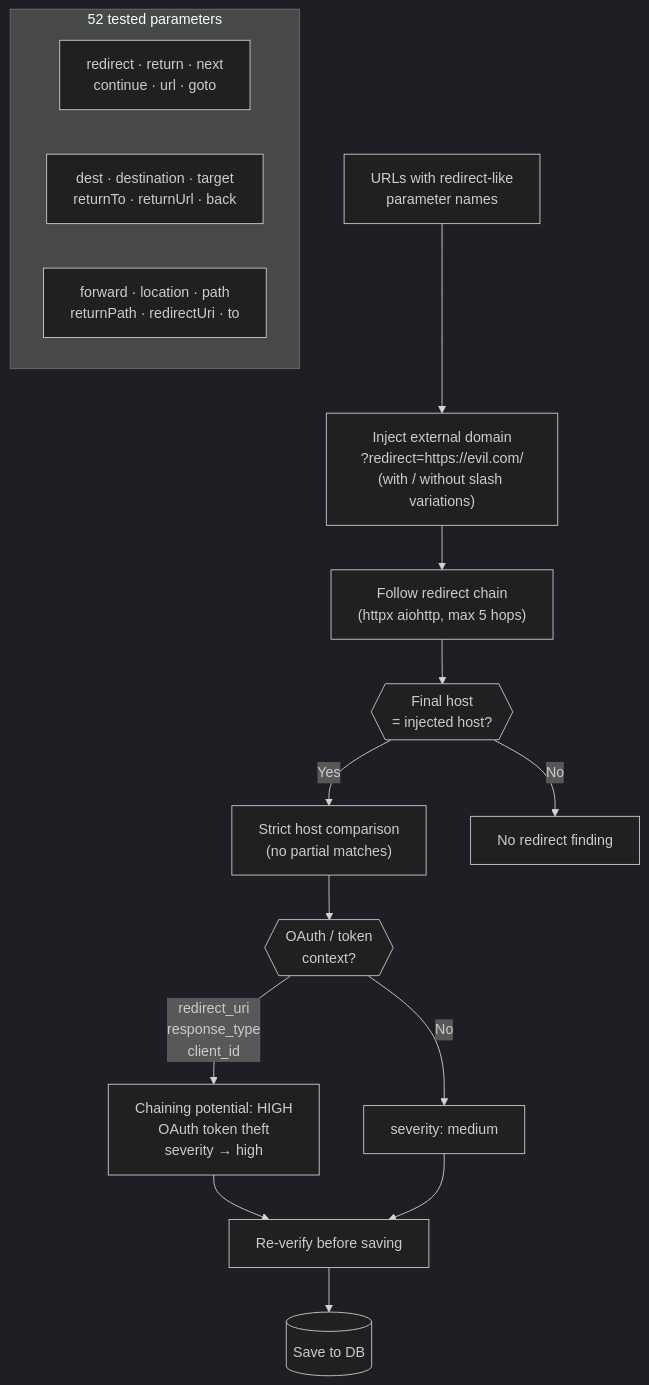
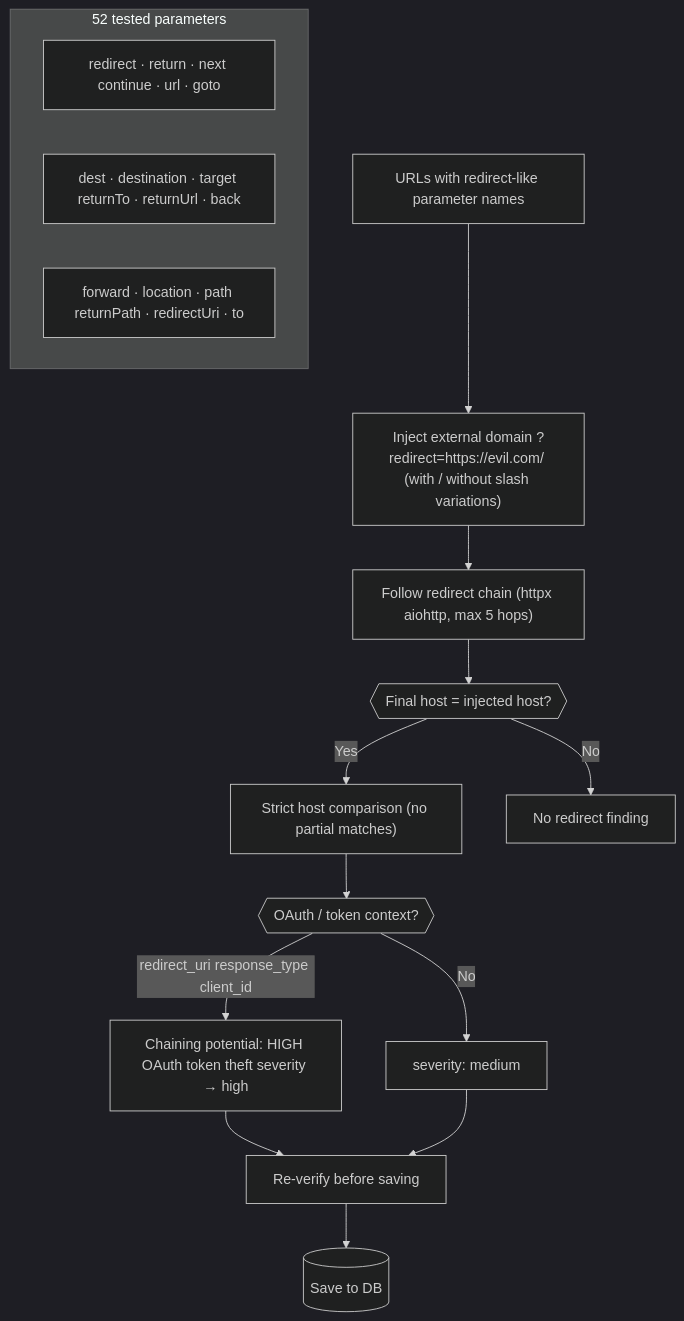
Before and after one commit to chegelawrence/liminal: the ninth of 12 diagrams in README.md, drawn with Mermaid (dark theme). The commit also changed other lines of this file, not shown here.

````diff
--- a/README.md
+++ b/README.md
@@ -581,25 +581,25 @@
 ```mermaid
 flowchart TD
-    URLS["URLs with redirect-like\nparameter names"] --> INJECT
+    URLS["URLs with redirect-like parameter names"] --> INJECT
 
     subgraph PARAMS["52 tested parameters"]
         direction LR
-        P1["redirect · return · next\ncontinue · url · goto"]
-        P2["dest · destination · target\nreturnTo · returnUrl · back"]
-        P3["forward · location · path\nreturnPath · redirectUri · to"]
+        P1["redirect · return · next continue · url · goto"]
+        P2["dest · destination · target returnTo · returnUrl · back"]
+        P3["forward · location · path returnPath · redirectUri · to"]
     end
 
-    INJECT["Inject external domain\n?redirect=https://evil.com/\n(with / without slash variations)"]
-    INJECT --> FOLLOW["Follow redirect chain\n(httpx aiohttp, max 5 hops)"]
-    FOLLOW --> LAND{{"Final host\n= injected host?"}}
+    INJECT["Inject external domain ?redirect=https://evil.com/ (with / without slash variations)"]
+    INJECT --> FOLLOW["Follow redirect chain (httpx aiohttp, max 5 hops)"]
+    FOLLOW --> LAND{{"Final host = injected host?"}}
 
-    LAND -->|Yes| HOST_CHECK["Strict host comparison\n(no partial matches)"]
-    HOST_CHECK --> CHAIN_CHECK{{"OAuth / token\ncontext?"}}
-    CHAIN_CHECK -->|"redirect_uri\nresponse_type\nclient_id"| CHAIN_WARN["Chaining potential: HIGH\nOAuth token theft\nseverity → high"]
+    LAND -->|Yes| HOST_CHECK["Strict host comparison (no partial matches)"]
+    HOST_CHECK --> CHAIN_CHECK{{"OAuth / token context?"}}
+    CHAIN_CHECK -->|"redirect_uri response_type client_id"| CHAIN_WARN["Chaining potential: HIGH OAuth token theft severity → high"]
     CHAIN_CHECK -->|No| PLAIN["severity: medium"]
 
     CHAIN_WARN & PLAIN --> VERIFY["Re-verify before saving"]
     VERIFY --> DB[("Save to DB")]
 
     LAND -->|No| SKIP["No redirect finding"]
 ```
````
